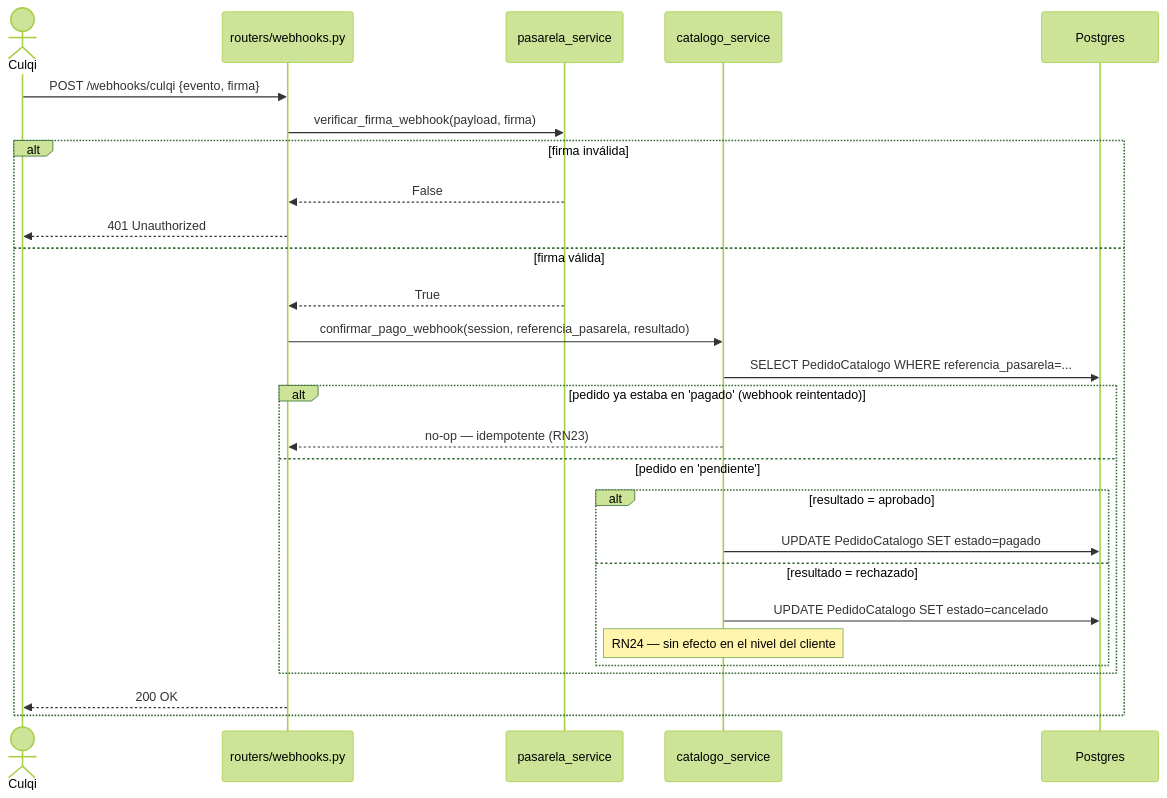
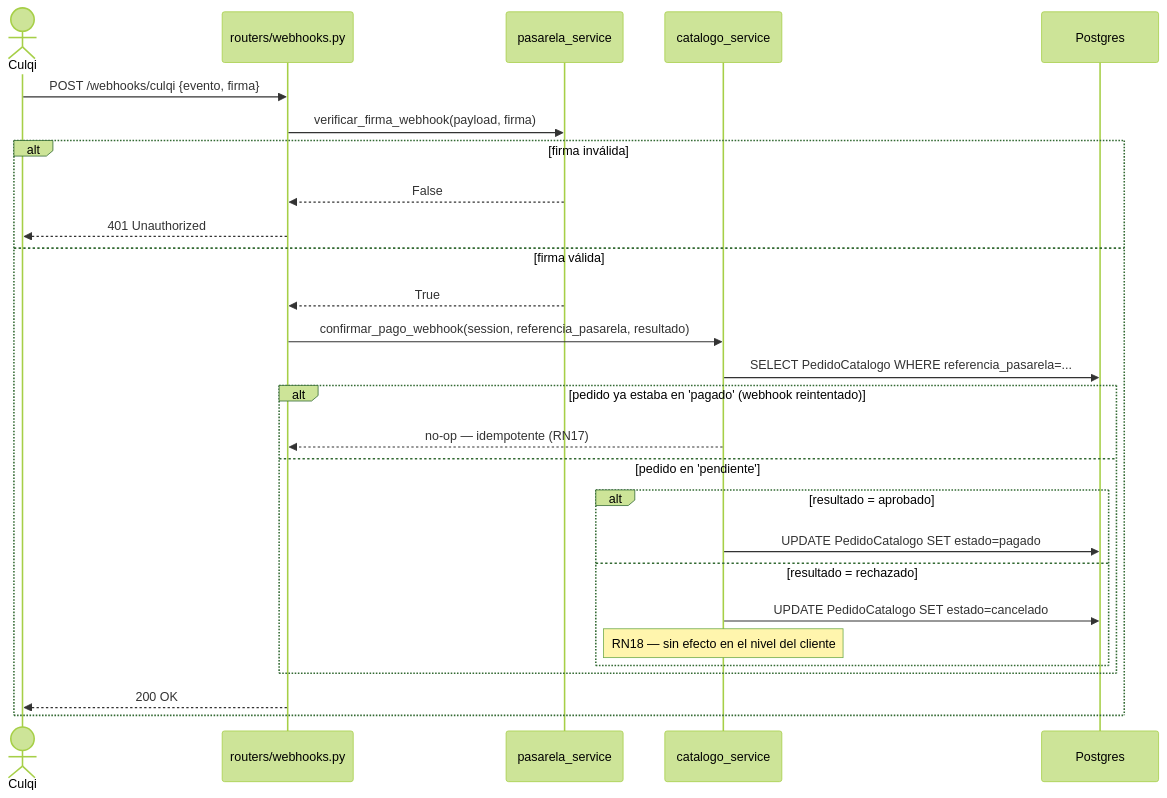
One commit to Alezzandromv/welve changed the sixth of 6 diagrams in docs/tesis/07_DIAGRAMAS_DE_SECUENCIA.md. Above: the diagram before and after it, drawn with Mermaid (forest theme). The commit also changed other lines of this file and 73 other files, not shown here.

````diff
--- a/docs/tesis/07_DIAGRAMAS_DE_SECUENCIA.md
+++ b/docs/tesis/07_DIAGRAMAS_DE_SECUENCIA.md
@@ -208,30 +208,30 @@
 ```mermaid
 sequenceDiagram
     actor Cq as Culqi
     participant WH as routers/webhooks.py
     participant PS as pasarela_service
     participant CS as catalogo_service
     participant DB as Postgres
 
     Cq->>WH: POST /webhooks/culqi {evento, firma}
     WH->>PS: verificar_firma_webhook(payload, firma)
     alt firma inválida
         PS-->>WH: False
         WH-->>Cq: 401 Unauthorized
     else firma válida
         PS-->>WH: True
         WH->>CS: confirmar_pago_webhook(session, referencia_pasarela, resultado)
         CS->>DB: SELECT PedidoCatalogo WHERE referencia_pasarela=...
         alt pedido ya estaba en 'pagado' (webhook reintentado)
-            CS-->>WH: no-op — idempotente (RN23)
+            CS-->>WH: no-op — idempotente (RN17)
         else pedido en 'pendiente'
             alt resultado = aprobado
                 CS->>DB: UPDATE PedidoCatalogo SET estado=pagado
             else resultado = rechazado
                 CS->>DB: UPDATE PedidoCatalogo SET estado=cancelado
-                Note over CS: RN24 — sin efecto en el nivel del cliente
+                Note over CS: RN18 — sin efecto en el nivel del cliente
             end
         end
         WH-->>Cq: 200 OK
     end
 ```
````
